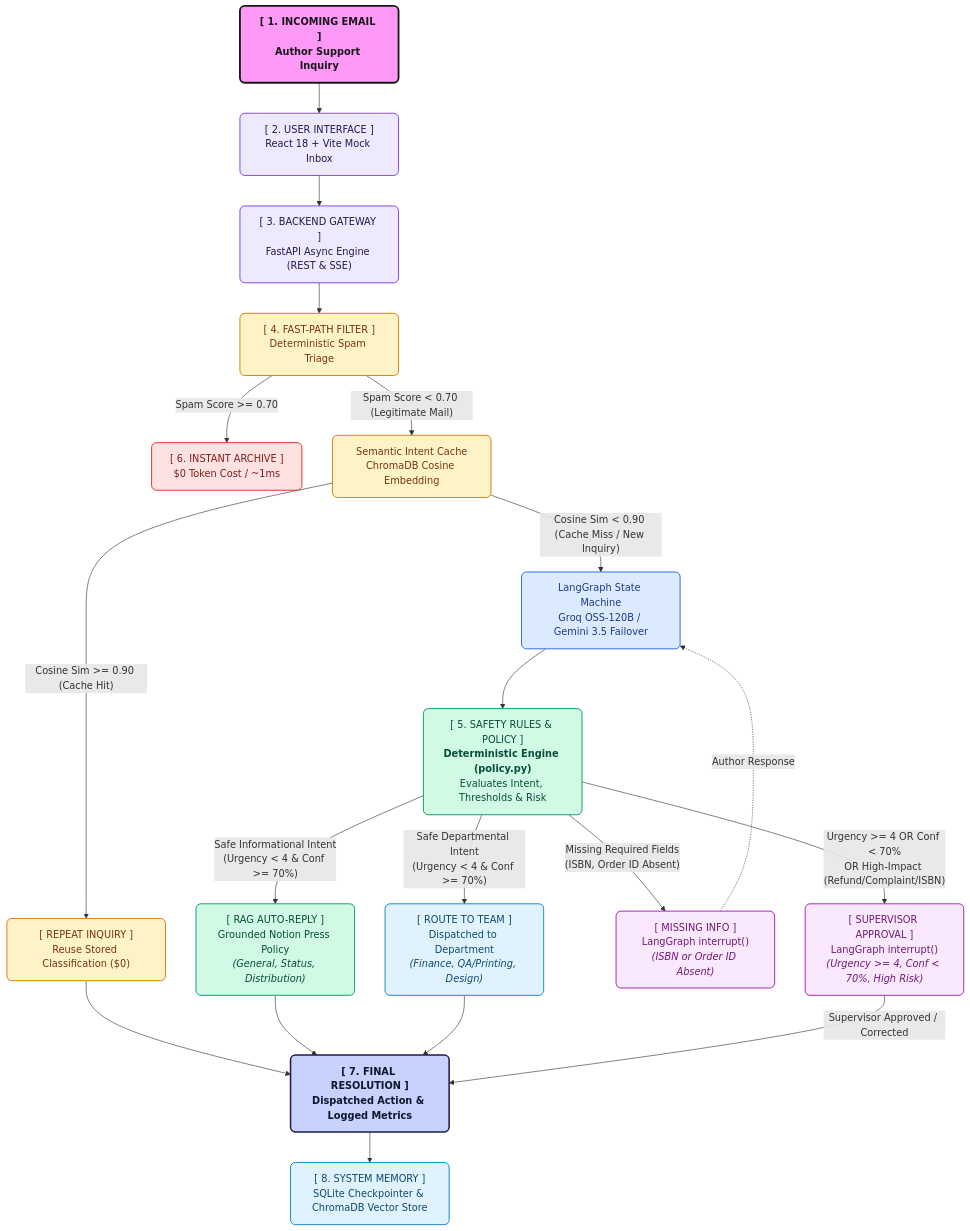
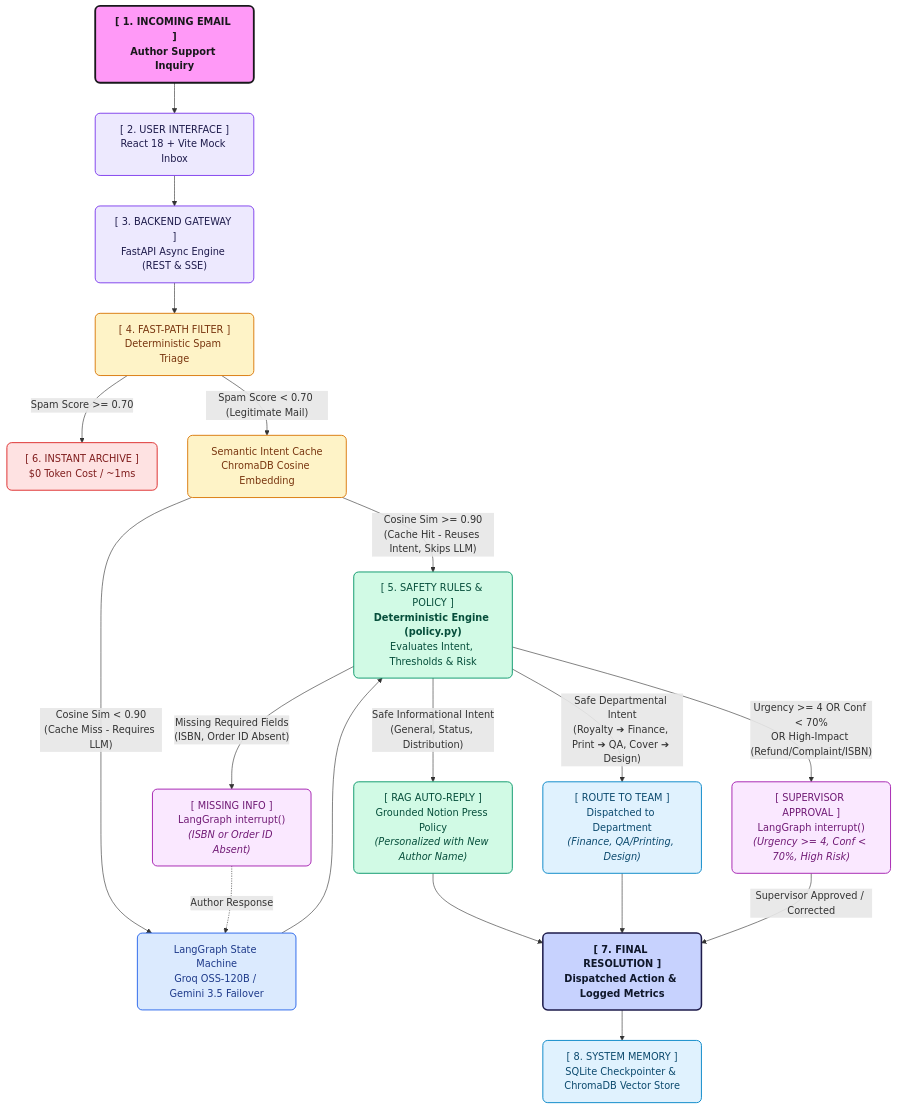
Before and after one commit to sharan1918/Notion-Press-POC: the diagram in README.md, drawn with Mermaid. The commit also changed 1 other file, not shown here.

Commit message:
docs(arch): route cache hit to safety rules and clarify author personalization

````diff
--- a/README.md
+++ b/README.md
@@ -11,60 +11,57 @@
 ```mermaid
 flowchart TD
     %% Styling Classes matching pastel boxed reference
     classDef rootBox fill:#ff99f7,stroke:#18181b,stroke-width:3px,color:#18181b,font-weight:bold,rx:8px,ry:8px;
     classDef lavenderBox fill:#ede9fe,stroke:#7c3aed,stroke-width:1.5px,color:#1e1b4b,font-weight:500,rx:8px,ry:8px;
     classDef blueBox fill:#dbeafe,stroke:#2563eb,stroke-width:1.5px,color:#1e3a8a,font-weight:500,rx:8px,ry:8px;
     classDef amberBox fill:#fef3c7,stroke:#d97706,stroke-width:1.5px,color:#78350f,font-weight:500,rx:8px,ry:8px;
     classDef greenBox fill:#d1fae5,stroke:#059669,stroke-width:1.5px,color:#064e3b,font-weight:500,rx:8px,ry:8px;
     classDef redBox fill:#fee2e2,stroke:#dc2626,stroke-width:1.5px,color:#7f1d1d,font-weight:500,rx:8px,ry:8px;
     classDef purpleBox fill:#fae8ff,stroke:#a21caf,stroke-width:1.5px,color:#701a75,font-weight:500,rx:8px,ry:8px;
     classDef cyanBox fill:#e0f2fe,stroke:#0284c7,stroke-width:1.5px,color:#0c4a6e,font-weight:500,rx:8px,ry:8px;
     classDef highlightBox fill:#c7d2fe,stroke:#1e1b4b,stroke-width:2.5px,color:#0f172a,font-weight:bold,rx:8px,ry:8px;
 
     ROOT["[ 1. INCOMING EMAIL ]<br/><b>Author Support Inquiry</b>"]:::rootBox
     UI["[ 2. USER INTERFACE ]<br/>React 18 + Vite Mock Inbox"]:::lavenderBox
     GATEWAY["[ 3. BACKEND GATEWAY ]<br/>FastAPI Async Engine (REST & SSE)"]:::lavenderBox
     SPAM_CHECK["[ 4. FAST-PATH FILTER ]<br/>Deterministic Spam Triage"]:::amberBox
     SPAM["[ 6. INSTANT ARCHIVE ]<br/>$0 Token Cost / ~1ms"]:::redBox
 
     CACHE_CHECK["Semantic Intent Cache<br/>ChromaDB Cosine Embedding"]:::amberBox
-    CACHE_HIT["[ REPEAT INQUIRY ]<br/>Reuse Stored Classification ($0)"]:::amberBox
 
     AI["LangGraph State Machine<br/>Groq OSS-120B / Gemini 3.5 Failover"]:::blueBox
 
     GUARD["[ 5. SAFETY RULES & POLICY ]<br/><b>Deterministic Engine (policy.py)</b><br/>Evaluates Intent, Thresholds & Risk"]:::greenBox
 
-    RAG_REPLY["[ RAG AUTO-REPLY ]<br/>Grounded Notion Press Policy<br/><i>(General, Status, Distribution)</i>"]:::greenBox
+    RAG_REPLY["[ RAG AUTO-REPLY ]<br/>Grounded Notion Press Policy<br/><i>(Personalized with New Author Name)</i>"]:::greenBox
     TEAM_ROUTE["[ ROUTE TO TEAM ]<br/>Dispatched to Department<br/><i>(Finance, QA/Printing, Design)</i>"]:::cyanBox
     NEED_INFO["[ MISSING INFO ]<br/>LangGraph interrupt()<br/><i>(ISBN or Order ID Absent)</i>"]:::purpleBox
     HITL["[ SUPERVISOR APPROVAL ]<br/>LangGraph interrupt()<br/><i>(Urgency &gt;= 4, Conf &lt; 70%, High Risk)</i>"]:::purpleBox
 
     RESOLUTION["[ 7. FINAL RESOLUTION ]<br/>Dispatched Action & Logged Metrics"]:::highlightBox
     MEMORY["[ 8. SYSTEM MEMORY ]<br/>SQLite Checkpointer & ChromaDB Vector Store"]:::cyanBox
 
     ROOT --> UI
     UI --> GATEWAY
     GATEWAY --> SPAM_CHECK
 
     SPAM_CHECK -->|"Spam Score &gt;= 0.70"| SPAM
     SPAM_CHECK -->|"Spam Score &lt; 0.70 (Legitimate Mail)"| CACHE_CHECK
 
-    CACHE_CHECK -->|"Cosine Sim &gt;= 0.90 (Cache Hit)"| CACHE_HIT
-    CACHE_HIT --> RESOLUTION
-
-    CACHE_CHECK -->|"Cosine Sim &lt; 0.90 (Cache Miss / New Inquiry)"| AI
+    CACHE_CHECK -->|"Cosine Sim &gt;= 0.90<br/>(Cache Hit - Reuses Intent, Skips LLM)"| GUARD
+    CACHE_CHECK -->|"Cosine Sim &lt; 0.90<br/>(Cache Miss - Requires LLM)"| AI
 
     AI --> GUARD
 
     GUARD -->|"Missing Required Fields<br/>(ISBN, Order ID Absent)"| NEED_INFO
     GUARD -->|"Urgency &gt;= 4 OR Conf &lt; 70%<br/>OR High-Impact (Refund/Complaint/ISBN)"| HITL
-    GUARD -->|"Safe Informational Intent<br/>(Urgency &lt; 4 &amp; Conf &gt;= 70%)"| RAG_REPLY
-    GUARD -->|"Safe Departmental Intent<br/>(Urgency &lt; 4 &amp; Conf &gt;= 70%)"| TEAM_ROUTE
+    GUARD -->|"Safe Informational Intent<br/>(General, Status, Distribution)"| RAG_REPLY
+    GUARD -->|"Safe Departmental Intent<br/>(Royalty ➔ Finance, Print ➔ QA, Cover ➔ Design)"| TEAM_ROUTE
 
     RAG_REPLY --> RESOLUTION
     TEAM_ROUTE --> RESOLUTION
     NEED_INFO -.->|Author Response| AI
     HITL -->|Supervisor Approved / Corrected| RESOLUTION
 
     RESOLUTION --> MEMORY
 ```
````
